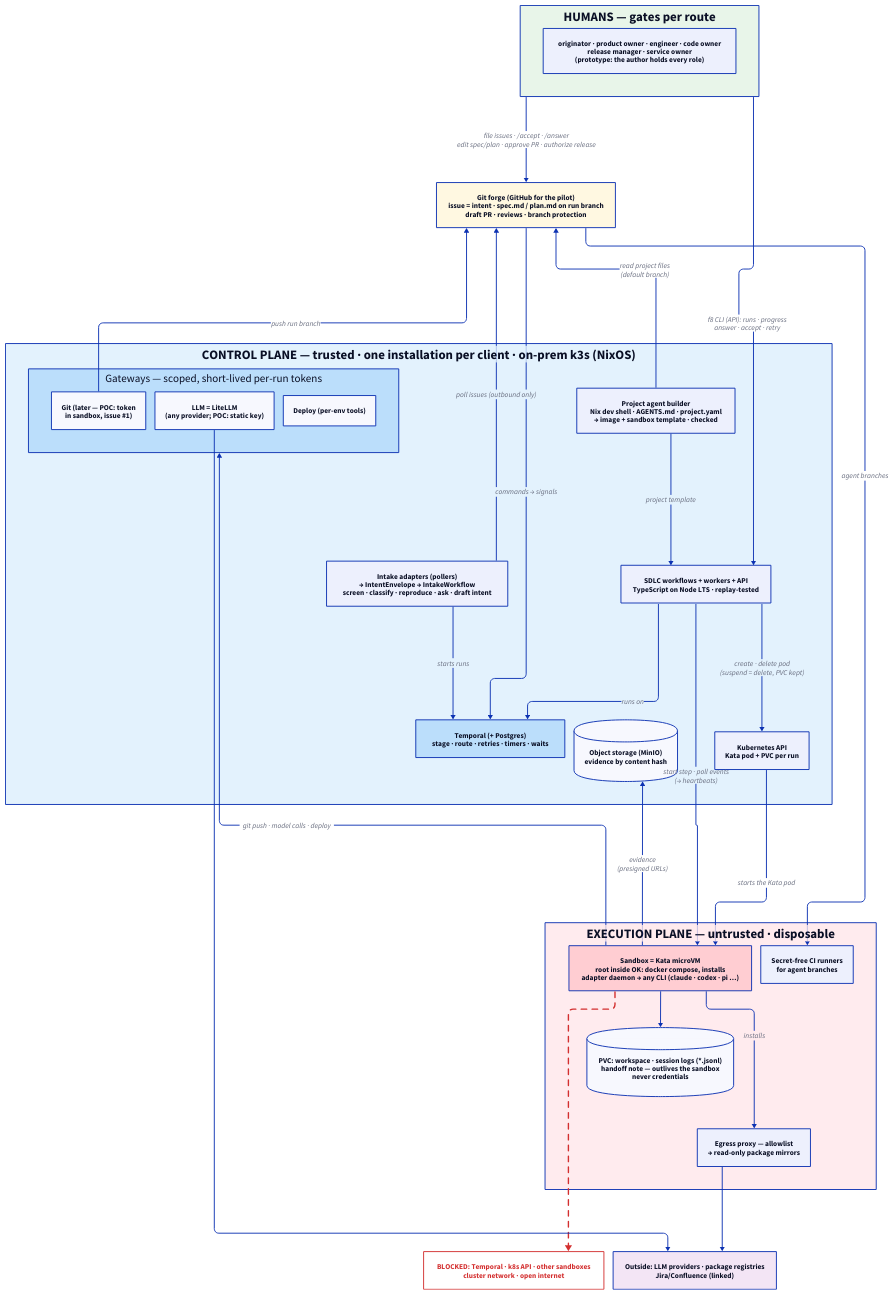
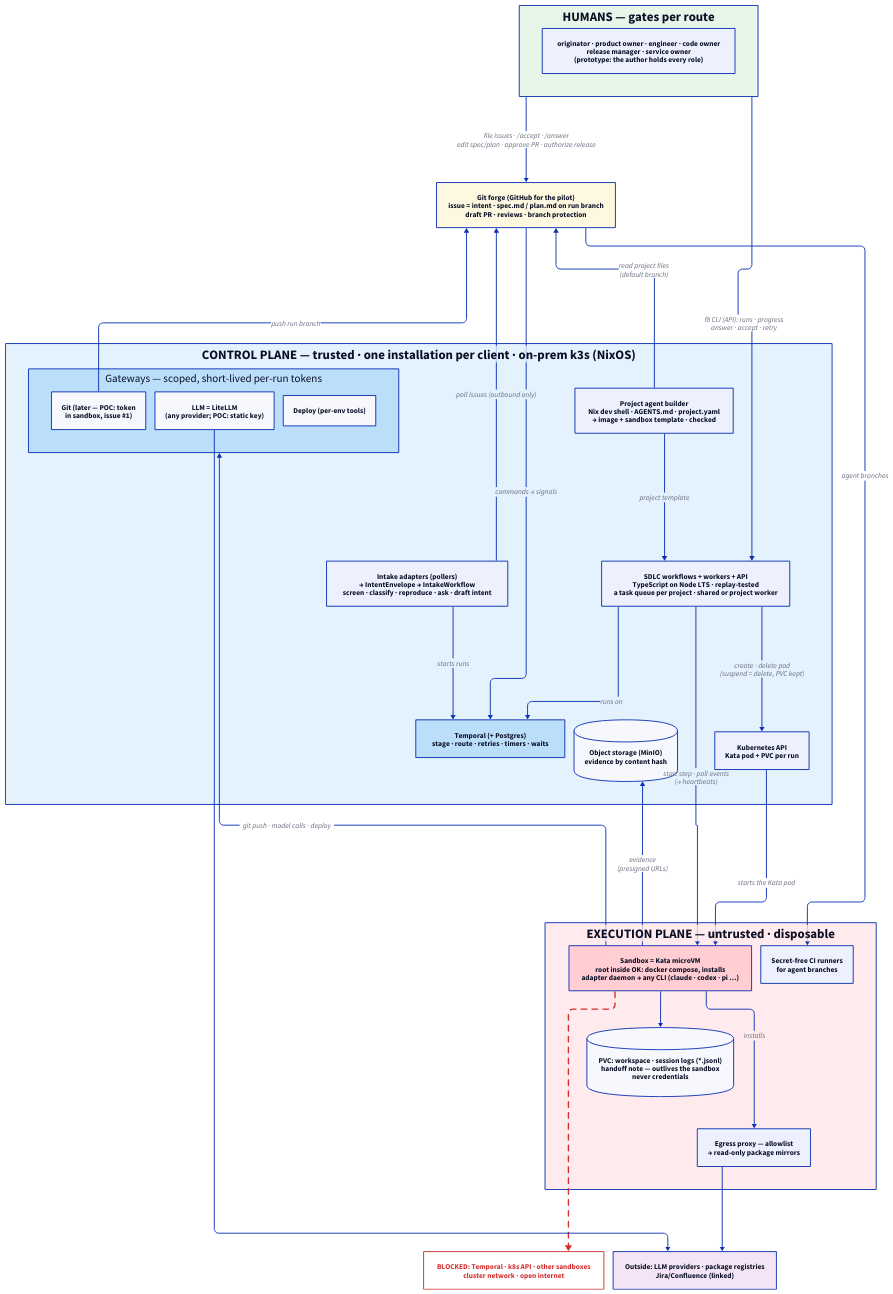
The diagram in docs/site/arch.d2 (factory8/factory8), drawn with D2 before and after one commit. The commit also changed 41 other files, not shown here.

First line of the commit message:
M7: a task queue per project, and workflows a project owns (7.0–7.7) (#14)

```diff
--- a/docs/site/arch.d2
+++ b/docs/site/arch.d2
@@ -1,52 +1,52 @@
 vars: {d2-config: {layout-engine: elk}}
 direction: down
 humans: "HUMANS — gates per route" {
   style: {fill: "#e8f5e9"; bold: true}
   h: "originator · product owner · engineer · code owner\nrelease manager · service owner\n(prototype: the author holds every role)"
 }
 forge: "Git forge (GitHub for the pilot)\nissue = intent · spec.md / plan.md on run branch\ndraft PR · reviews · branch protection" {style: {fill: "#fff8e1"; bold: true}}
 cp: "CONTROL PLANE — trusted · one installation per client · on-prem k3s (NixOS)" {
   style: {fill: "#e3f2fd"; bold: true}
   intake: "Intake adapters (pollers)\n→ IntentEnvelope → IntakeWorkflow\nscreen · classify · reproduce · ask · draft intent"
   tmp: "Temporal (+ Postgres)\nstage · route · retries · timers · waits" {style: {fill: "#bbdefb"; bold: true}}
-  wf: "SDLC workflows + workers + API\nTypeScript on Node LTS · replay-tested"
+  wf: "SDLC workflows + workers + API\nTypeScript on Node LTS · replay-tested\na task queue per project · shared or project worker"
   obj: "Object storage (MinIO)\nevidence by content hash" {shape: cylinder}
   gw: "Gateways — scoped, short-lived per-run tokens" {
     style: {fill: "#bbdefb"}
     g: "Git (later — POC: token\nin sandbox, issue #1)"
     l: "LLM = LiteLLM\n(any provider; POC: static key)"
     d: "Deploy (per-env tools)"
   }
   ctrl: "Kubernetes API\nKata pod + PVC per run"
   builder: "Project agent builder\nNix dev shell · AGENTS.md · project.yaml\n→ image + sandbox template · checked"
   builder -> wf: "project template"
   intake -> tmp: starts runs
   wf -> tmp: runs on
   wf -> ctrl: "create · delete pod\n(suspend = delete, PVC kept)"
 }
 ep: "EXECUTION PLANE — untrusted · disposable" {
   style: {fill: "#ffebee"; bold: true}
   sb: "Sandbox = Kata microVM\nroot inside OK: docker compose, installs\nadapter daemon → any CLI (claude · codex · pi …)" {style: {fill: "#ffcdd2"; bold: true}}
   pvc: "PVC: workspace · session logs (*.jsonl)\nhandoff note — outlives the sandbox\nnever credentials" {shape: cylinder}
   proxy: "Egress proxy — allowlist\n→ read-only package mirrors"
   ci: "Secret-free CI runners\nfor agent branches"
   sb -> pvc
 }
 blocked: "BLOCKED: Temporal · k8s API · other sandboxes\ncluster network · open internet" {style: {fill: "#fff"; stroke: "#d32f2f"; font-color: "#d32f2f"; bold: true}}
 out: "Outside: LLM providers · package registries\nJira/Confluence (linked)" {style: {fill: "#f3e5f5"}}
 
 humans -> forge: "file issues · /accept · /answer\nedit spec/plan · approve PR · authorize release"
 humans -> cp.wf: "f8 CLI (API): runs · progress\nanswer · accept · retry"
 forge <- cp.intake: "poll issues (outbound only)"
 forge -> cp.tmp: "commands → signals"
 cp.ctrl -> ep.sb: "starts the Kata pod"
 cp.gw <- ep.sb: "git push · model calls · deploy"
 cp.obj <- ep.sb: "evidence\n(presigned URLs)"
 cp.wf -> ep.sb: "start step · poll events\n(→ heartbeats)"
 ep.sb -> ep.proxy: "installs"
 ep.sb -> blocked: "" {style: {stroke: "#d32f2f"; stroke-width: 3; stroke-dash: 4}}
 forge <- cp.gw.g: "push run branch"
 forge <- cp.builder: "read project files\n(default branch)"
 forge -> ep.ci: "agent branches"
 cp.gw.l -> out
 ep.proxy -> out
```
